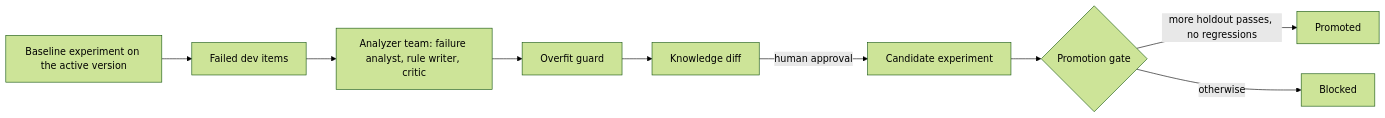
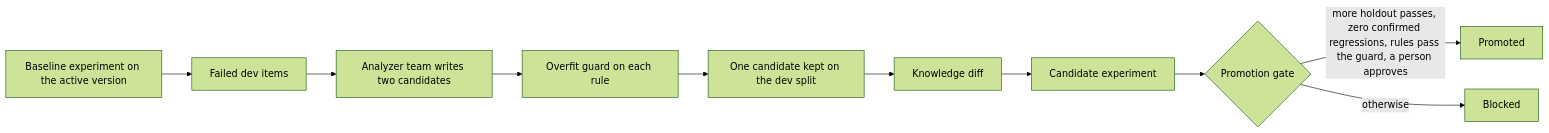
The diagram in section-4-hill-climbing-loop/demo/README.md (ANI-IN/loop-engineering), drawn with Mermaid (forest theme) before and after one commit. The commit also changed other lines of this file and 289 other files, not shown here.

First line of the commit message:
Review rounds 1 and 2: fixes across the four loops, the class flow, and continuous integration

````diff
--- a/section-4-hill-climbing-loop/demo/README.md
+++ b/section-4-hill-climbing-loop/demo/README.md
@@ -40,11 +45,12 @@
 ```mermaid
 flowchart LR
     B[Baseline experiment on the active version] --> F[Failed dev items]
-    F --> T[Analyzer team: failure analyst, rule writer, critic]
-    T --> O[Overfit guard]
-    O --> D[Knowledge diff]
-    D -->|human approval| C[Candidate experiment]
+    F --> T[Analyzer team writes two candidates]
+    T --> O[Overfit guard on each rule]
+    O --> K[One candidate kept on the dev split]
+    K --> D[Knowledge diff]
+    D --> C[Candidate experiment]
     C --> G{Promotion gate}
-    G -->|more holdout passes, no regressions| P[Promoted]
+    G -->|more holdout passes, zero confirmed regressions, rules pass the guard, a person approves| P[Promoted]
     G -->|otherwise| X[Blocked]
 ```
````
